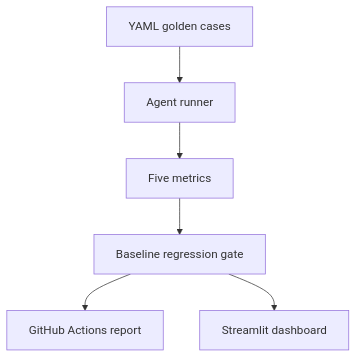
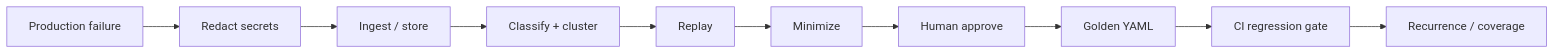
The first of 2 diagrams in README.md (nishanttyagi28/agenteval), drawn with Mermaid before and after one commit. The commit also changed other lines of this file, not shown here.

First line of the commit message:
docs: rewrite README for AgentEval v0.3.0

````diff
--- a/README.md
+++ b/README.md
@@ -116,8 +116,12 @@
 ```mermaid
-flowchart TD
-    Cases["YAML golden cases"] --> Runner["Agent runner"]
-    Runner --> Metrics["Five metrics"]
-    Metrics --> Gate["Baseline regression gate"]
-    Gate --> CI["GitHub Actions report"]
-    Gate --> Dashboard["Streamlit dashboard"]
+flowchart LR
+  Fail["Production failure"] --> Redact["Redact secrets"]
+  Redact --> Ingest["Ingest / store"]
+  Ingest --> Cluster["Classify + cluster"]
+  Cluster --> Replay["Replay"]
+  Replay --> Min["Minimize"]
+  Min --> Human["Human approve"]
+  Human --> Golden["Golden YAML"]
+  Golden --> CI["CI regression gate"]
+  CI --> Recur["Recurrence / coverage"]
 ```
````
